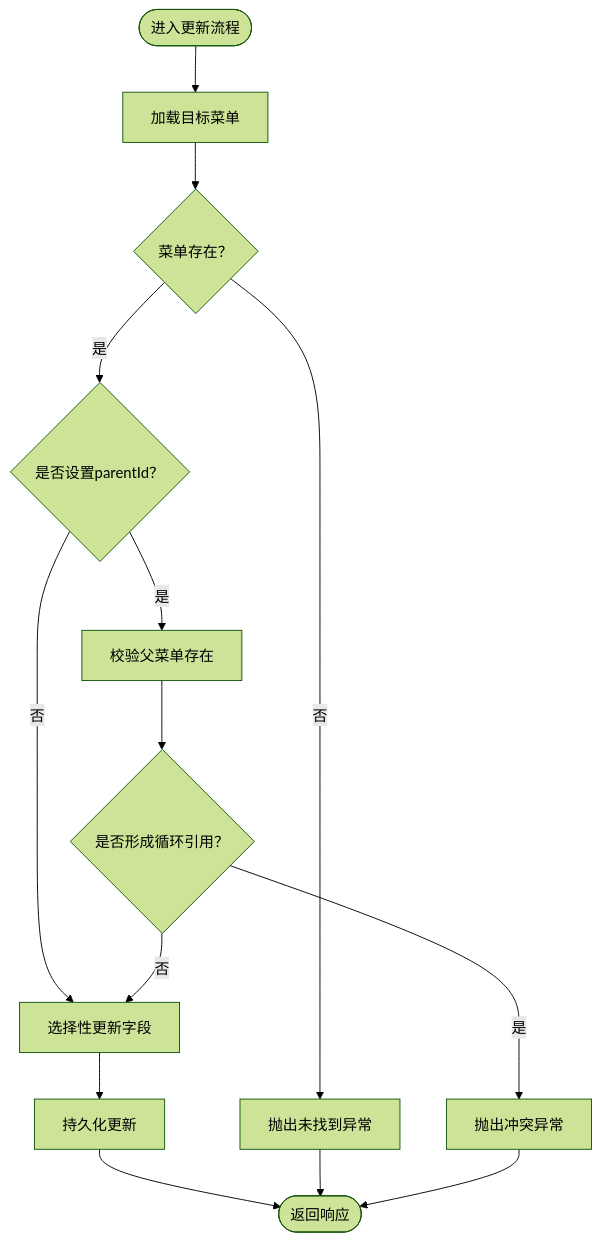
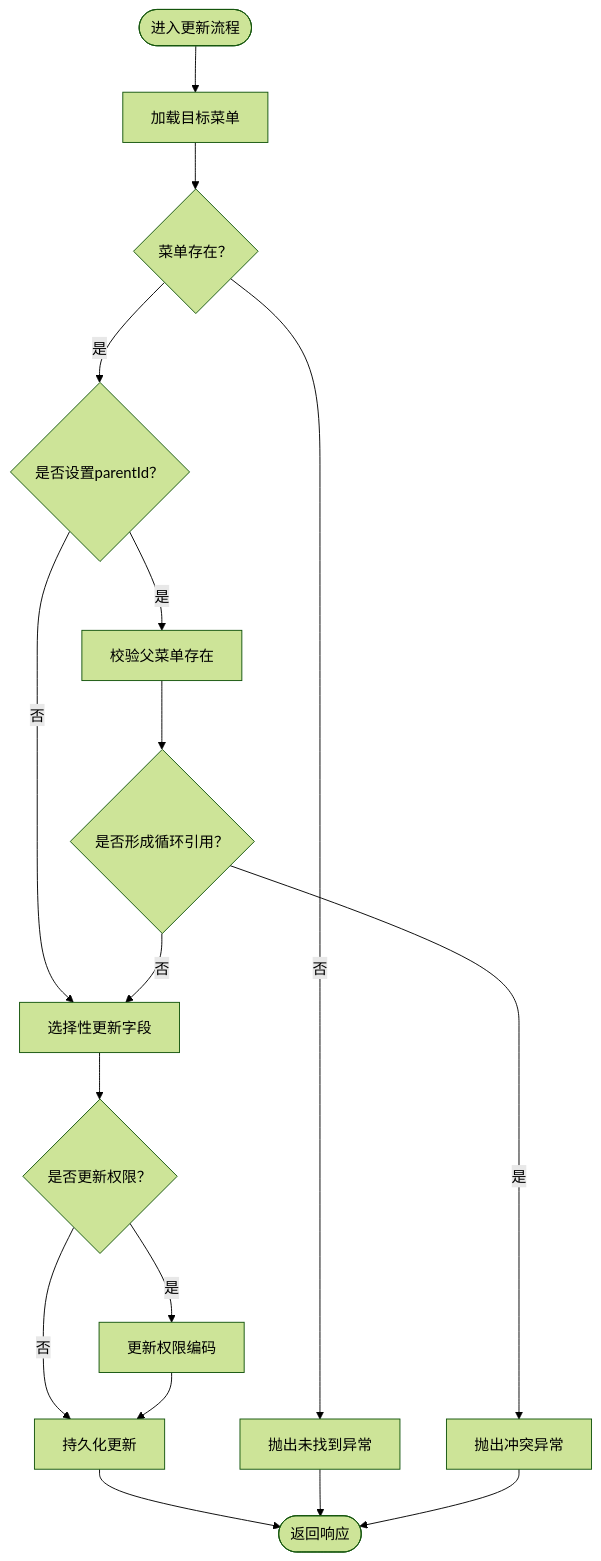
The fourth of 6 diagrams in .qoder/repowiki/zh/content/API 接口文档/菜单管理接口.md (taoweidong/Hello-FastApi), drawn with Mermaid (forest theme) before and after one commit. The commit also changed other lines of this file and 9 other files, not shown here.

````diff
--- a/.qoder/repowiki/zh/content/API 接口文档/菜单管理接口.md
+++ b/.qoder/repowiki/zh/content/API 接口文档/菜单管理接口.md
@@ -206,16 +258,19 @@
 ```mermaid
 flowchart TD
 Start(["进入更新流程"]) --> Load["加载目标菜单"]
 Load --> Exists{"菜单存在？"}
 Exists -- 否 --> Err404["抛出未找到异常"]
 Exists -- 是 --> CheckParent{"是否设置parentId？"}
 CheckParent -- 否 --> UpdateFields["选择性更新字段"]
 CheckParent -- 是 --> ValidateParent["校验父菜单存在"]
 ValidateParent --> LoopCheck{"是否形成循环引用？"}
 LoopCheck -- 是 --> Err409["抛出冲突异常"]
 LoopCheck -- 否 --> UpdateFields
-UpdateFields --> Persist["持久化更新"]
+UpdateFields --> PermCheck{"是否更新权限？"}
+PermCheck -- 是 --> PermUpdate["更新权限编码"]
+PermCheck -- 否 --> Persist["持久化更新"]
+PermUpdate --> Persist
 Persist --> Done(["返回响应"])
 Err404 --> Done
 Err409 --> Done
 ```
````
